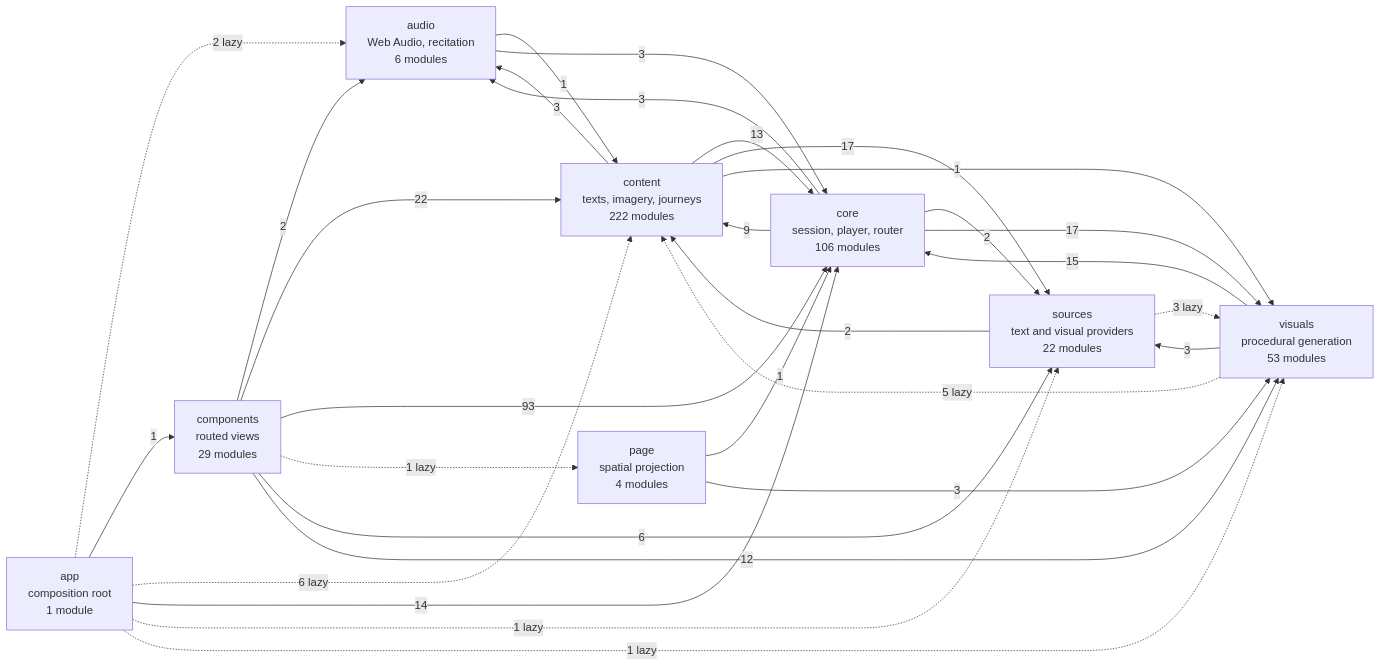
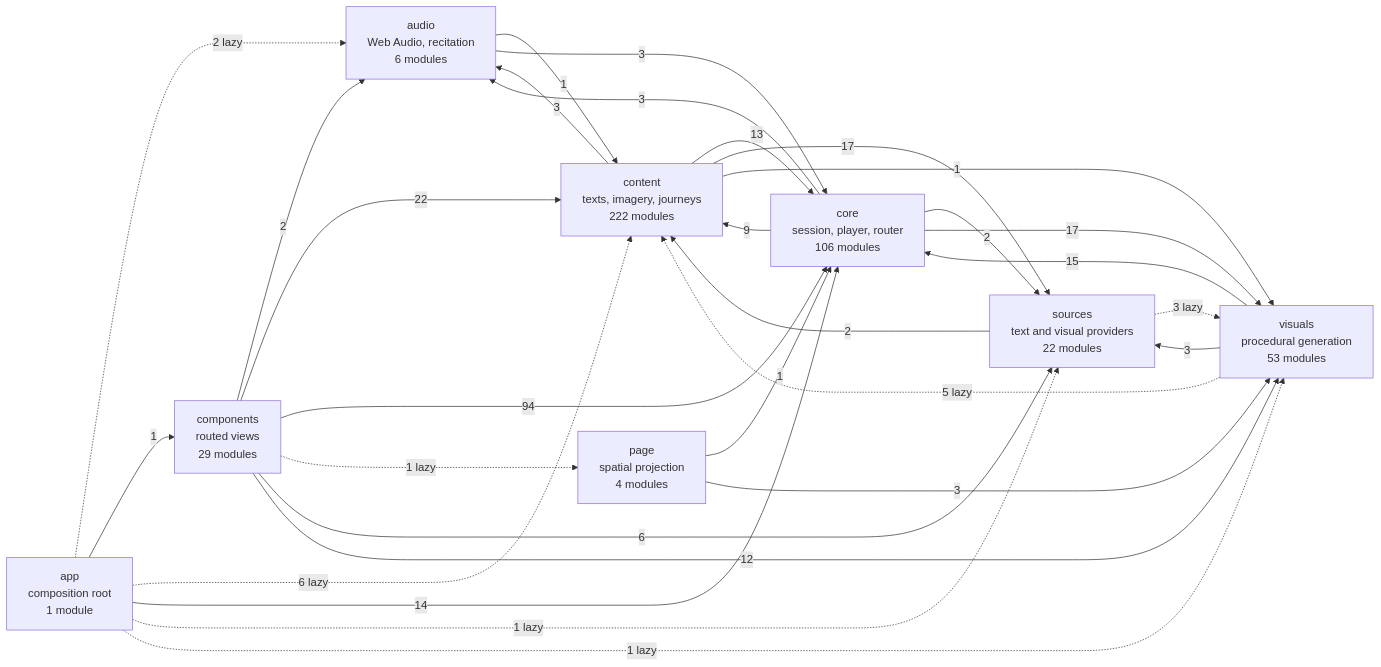
One commit to SyberLabs/RISE changed the diagram in docs/specs/ARCHITECTURE.md. Above: the diagram before and after it, drawn with Mermaid.

Commit message:
Refresh generated architecture diagram after module graph change

````diff
--- a/docs/specs/ARCHITECTURE.md
+++ b/docs/specs/ARCHITECTURE.md
@@ -149,41 +149,41 @@
 ```mermaid
 flowchart LR
     app["app<br/>composition root<br/>1 module"]
     audio["audio<br/>Web Audio, recitation<br/>6 modules"]
     components["components<br/>routed views<br/>29 modules"]
     content["content<br/>texts, imagery, journeys<br/>222 modules"]
     core["core<br/>session, player, router<br/>106 modules"]
     page["page<br/>spatial projection<br/>4 modules"]
     sources["sources<br/>text and visual providers<br/>22 modules"]
     visuals["visuals<br/>procedural generation<br/>53 modules"]
 
     app -.-> |2 lazy| audio
     app --> |1| components
     app -.-> |6 lazy| content
     app --> |14| core
     app -.-> |1 lazy| sources
     app -.-> |1 lazy| visuals
     audio --> |1| content
     audio --> |3| core
     components --> |2| audio
     components --> |22| content
-    components --> |93| core
+    components --> |94| core
     components -.-> |1 lazy| page
     components --> |6| sources
     components --> |12| visuals
     content --> |3| audio
     content --> |13| core
     content --> |17| sources
     content --> |1| visuals
     core --> |3| audio
     core --> |9| content
     core --> |2| sources
     core --> |17| visuals
     page --> |1| core
     page --> |3| visuals
     sources --> |2| content
     sources -.-> |3 lazy| visuals
     visuals -.-> |5 lazy| content
     visuals --> |15| core
     visuals --> |3| sources
 ```
````
